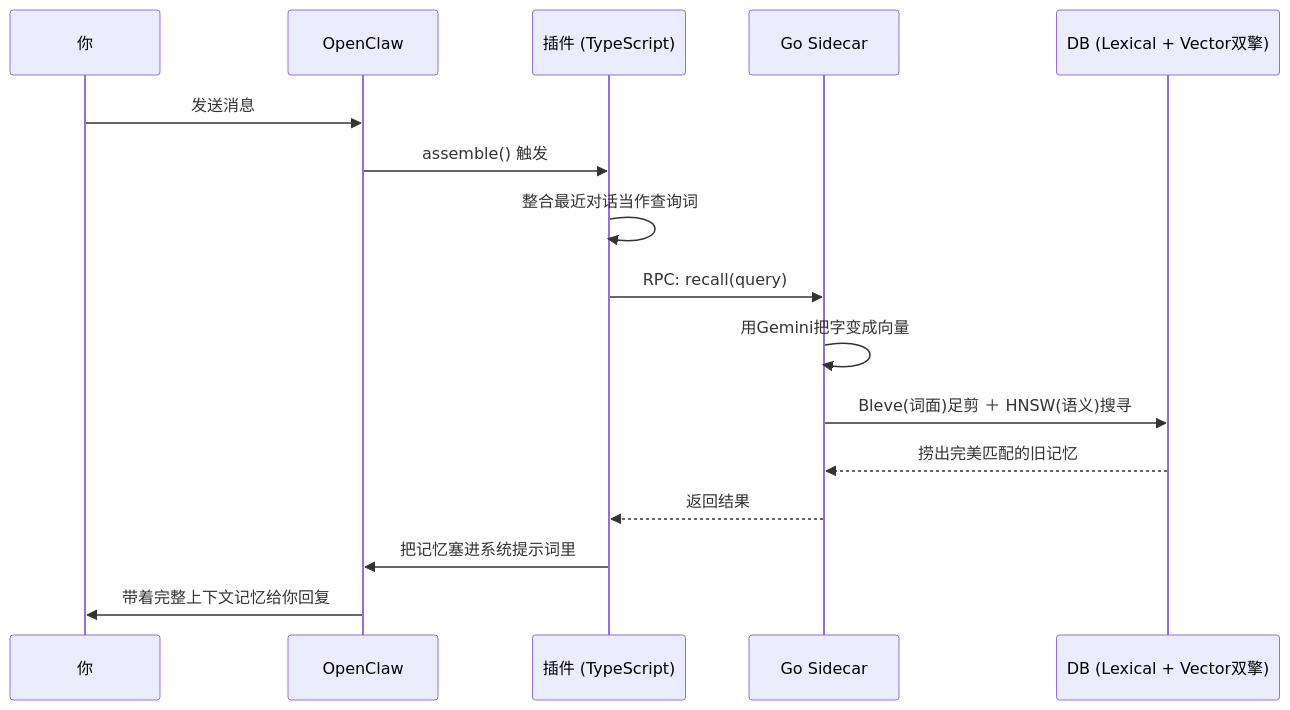
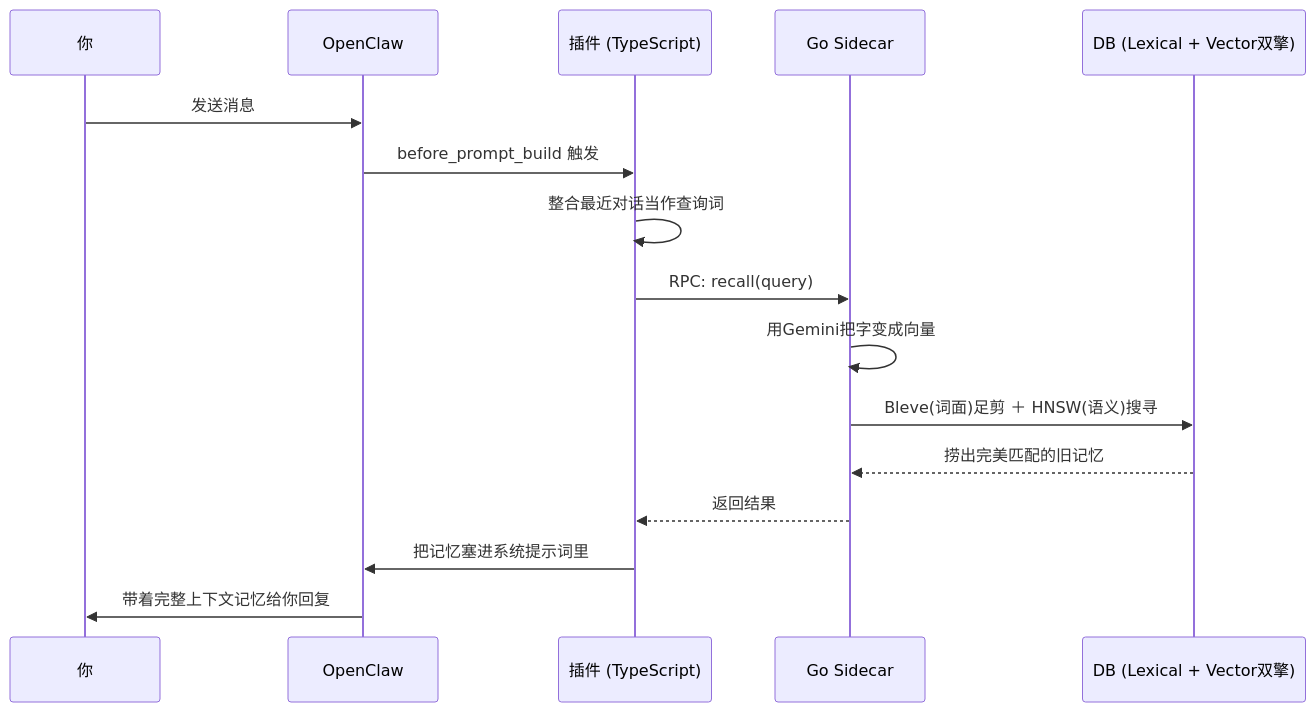
Before and after one commit to YoshiaKefasu/episodic-claw: the diagram in README.zh.md, drawn with Mermaid. The commit also changed other lines of this file and 7 other files, not shown here.

````diff
--- a/README.zh.md
+++ b/README.zh.md
@@ -47,19 +41,19 @@
 ```mermaid
 sequenceDiagram
     participant User as 你
     participant OpenClaw
     participant TS as 插件 (TypeScript)
     participant Go as Go Sidecar
     participant DB as DB (Lexical + Vector双擎)
 
     User->>OpenClaw: 发送消息
-    OpenClaw->>TS: assemble() 触发
+    OpenClaw->>TS: before_prompt_build 触发
     TS->>TS: 整合最近对话当作查询词
     TS->>Go: RPC: recall(query)
     Go->>Go: 用Gemini把字变成向量
     Go->>DB: Bleve(词面)足剪 ＋ HNSW(语义)搜寻
     DB-->>Go: 捞出完美匹配的旧记忆
     Go-->>TS: 返回结果
     TS->>OpenClaw: 把记忆塞进系统提示词里
     OpenClaw->>User: 带着完整上下文记忆给你回复
 ```
````
